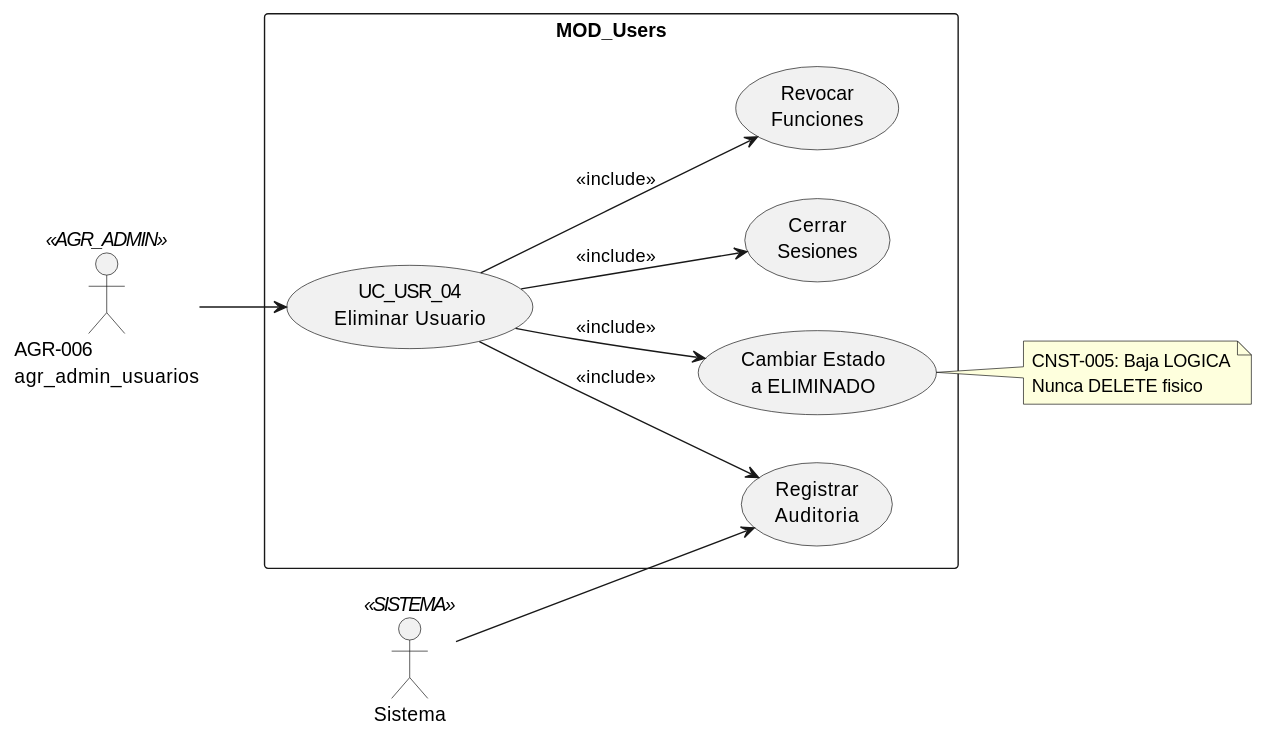
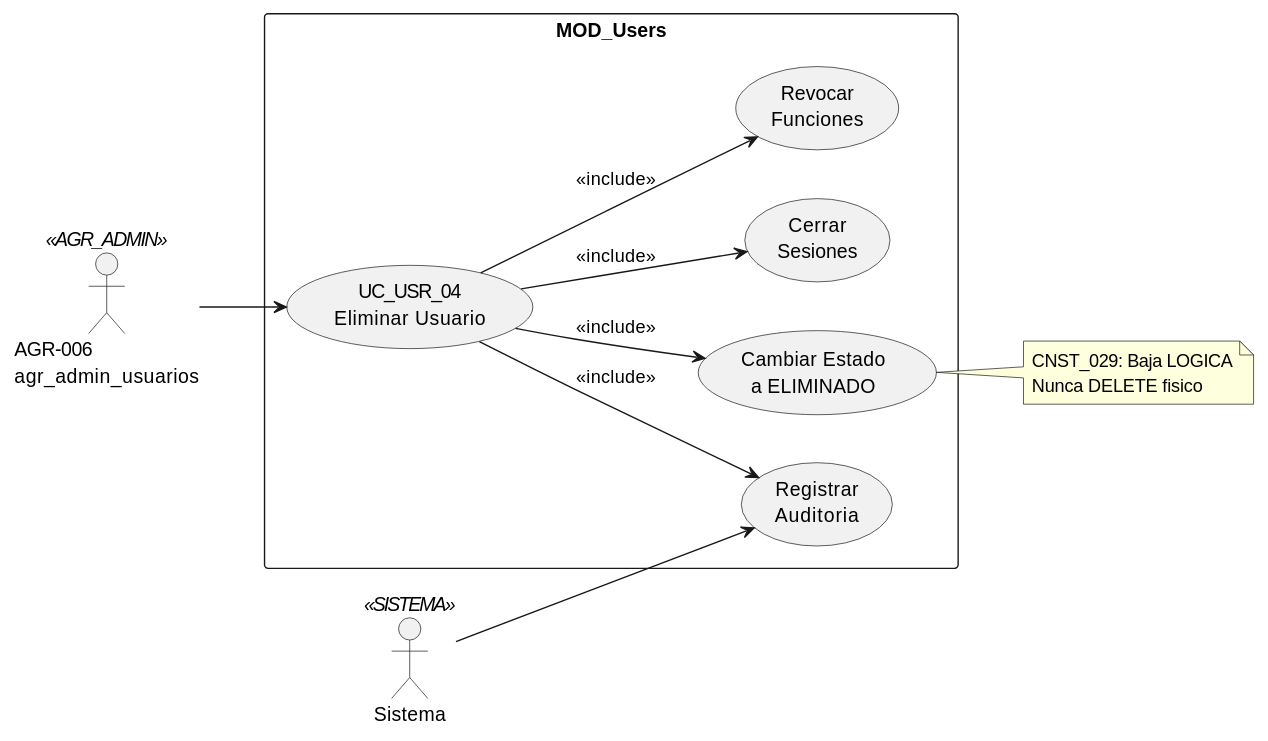
The first of 3 diagrams in source/requisitos/casos_uso/users/UC_USR_04_Eliminar_Usuario.rst (jcg-admin/IACT-docs), drawn with PlantUML before and after one commit. The commit also changed other lines of this file and 67 other files, not shown here.

```diff
--- a/source/requisitos/casos_uso/users/UC_USR_04_Eliminar_Usuario.rst
+++ b/source/requisitos/casos_uso/users/UC_USR_04_Eliminar_Usuario.rst
@@ -68,31 +68,31 @@
 .. uml::
    :caption: Diagrama de Caso de Uso - UC_USR_04
 
    @startuml
 
    left to right direction
 
    actor "AGR-006\nagr_admin_usuarios" as ADMIN <<AGR_ADMIN>>
    actor "Sistema" as SYS <<SISTEMA>>
 
    rectangle "MOD_Users" {
      usecase "UC_USR_04\nEliminar Usuario" as UC04
      usecase "Cambiar Estado\na ELIMINADO" as DEL
      usecase "Cerrar\nSesiones" as CLOSE
      usecase "Revocar\nFunciones" as REV
      usecase "Registrar\nAuditoria" as AUD
    }
 
    ADMIN --> UC04
    UC04 --> DEL : <<include>>
    UC04 --> CLOSE : <<include>>
    UC04 --> REV : <<include>>
    UC04 --> AUD : <<include>>
    SYS --> AUD
 
    note right of DEL
-     CNST-005: Baja LOGICA
+     CNST_029: Baja LOGICA
      Nunca DELETE fisico
    end note
 
    @enduml
```
